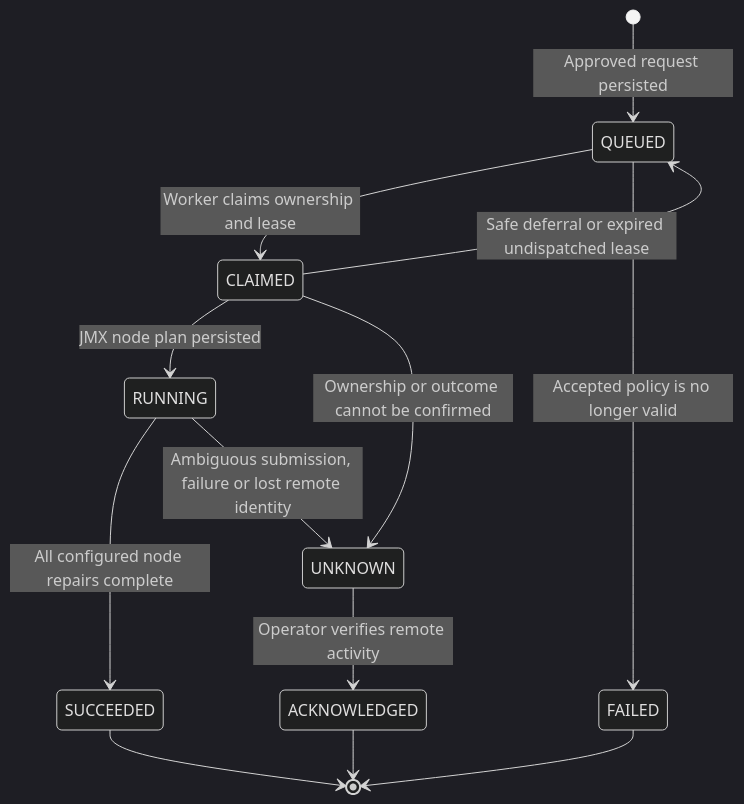
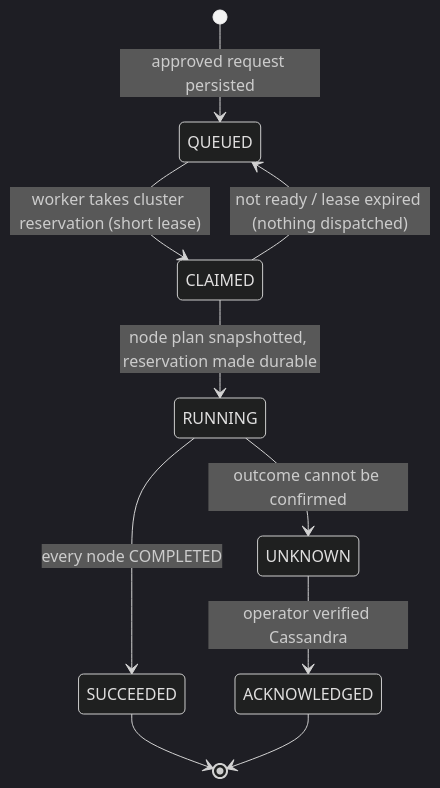
Before and after one commit to elephait/cassandra-dbaas-demo: the second of 2 diagrams in README.md, drawn with Mermaid (dark theme). The commit also changed other lines of this file and 110 other files, not shown here.

````diff
--- a/README.md
+++ b/README.md
@@ -67,15 +62,12 @@
 ```mermaid
 stateDiagram-v2
-    [*] --> QUEUED: Approved request persisted
-    QUEUED --> CLAIMED: Worker claims ownership and lease
-    QUEUED --> FAILED: Accepted policy is no longer valid
-    CLAIMED --> QUEUED: Safe deferral or expired undispatched lease
-    CLAIMED --> RUNNING: JMX node plan persisted
-    CLAIMED --> UNKNOWN: Ownership or outcome cannot be confirmed
-    RUNNING --> SUCCEEDED: All configured node repairs complete
-    RUNNING --> UNKNOWN: Ambiguous submission, failure or lost remote identity
-    UNKNOWN --> ACKNOWLEDGED: Operator verifies remote activity
+    [*] --> QUEUED: approved request persisted
+    QUEUED --> CLAIMED: worker takes cluster reservation (short lease)
+    CLAIMED --> QUEUED: not ready / lease expired (nothing dispatched)
+    CLAIMED --> RUNNING: node plan snapshotted, reservation made durable
+    RUNNING --> SUCCEEDED: every node COMPLETED
+    RUNNING --> UNKNOWN: outcome cannot be confirmed
+    UNKNOWN --> ACKNOWLEDGED: operator verified Cassandra
     SUCCEEDED --> [*]
-    FAILED --> [*]
     ACKNOWLEDGED --> [*]
 ```
````
